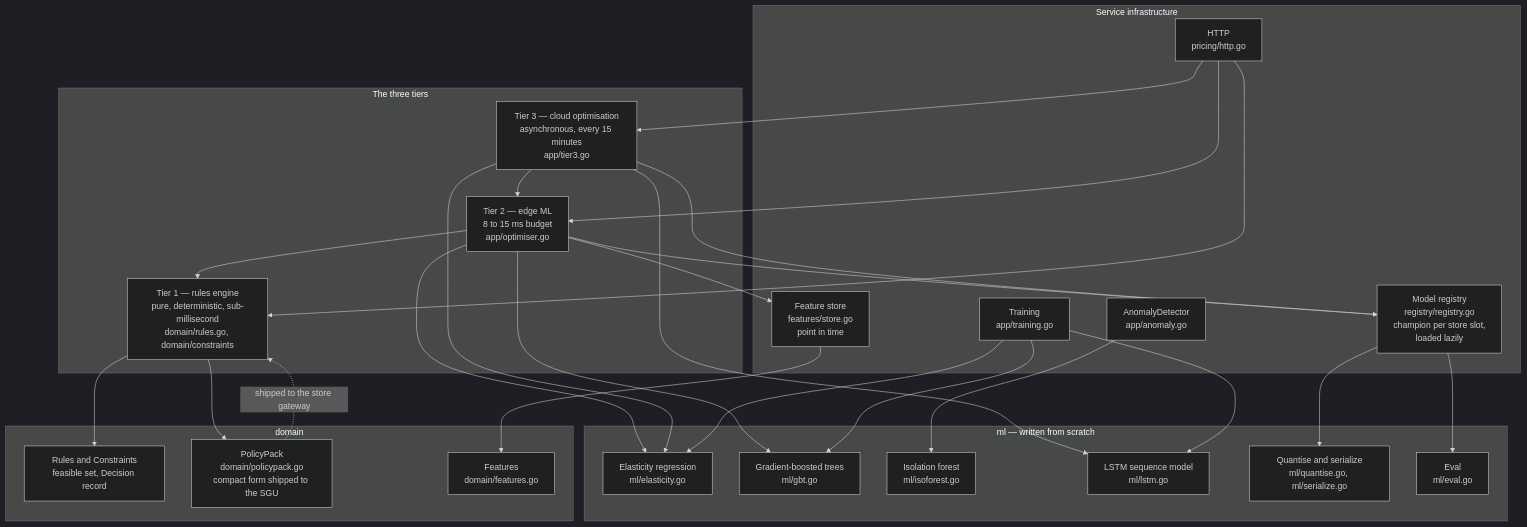
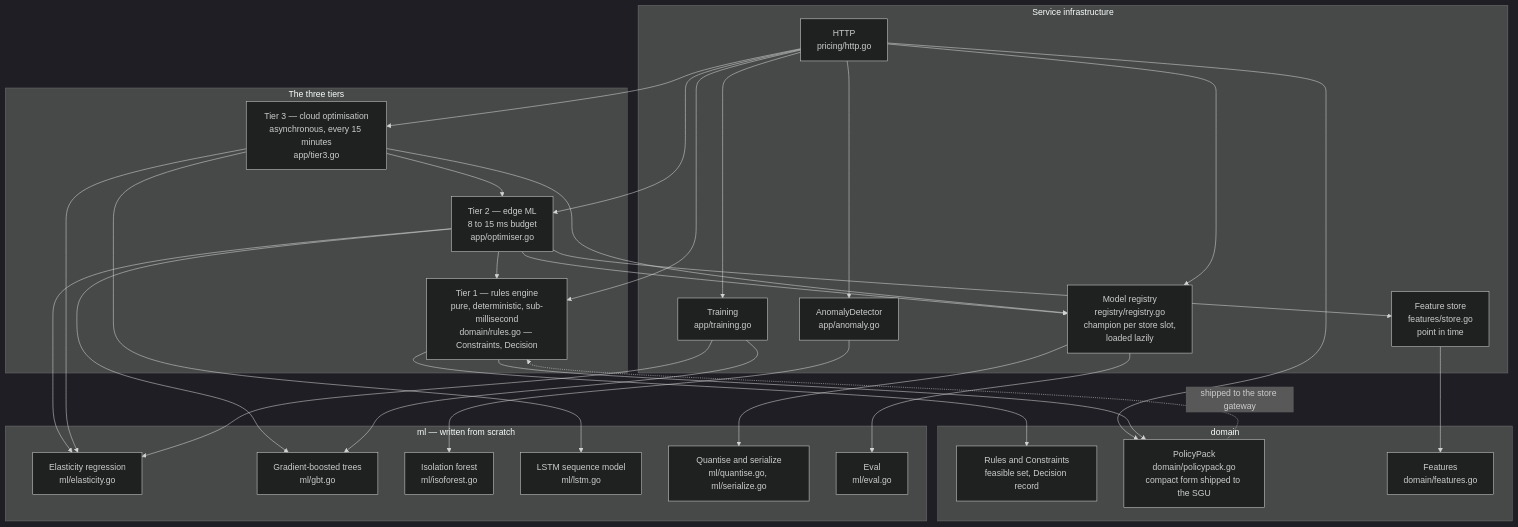
Before and after one commit to udaykishore-resu/usslp-platform: the fifth of 7 diagrams in docs/architecture/03-components.md, drawn with Mermaid (dark theme). The commit also changed other lines of this file and 16 other files, not shown here.

First line of the commit message:
docs: add a diagram index, and audit every diagram against the code

````diff
--- a/docs/architecture/03-components.md
+++ b/docs/architecture/03-components.md
@@ -495,53 +496,56 @@
 ```mermaid
 flowchart TB
     subgraph tiers["The three tiers"]
-        t1["Tier 1 — rules engine<br/>pure, deterministic, sub-millisecond<br/>domain/rules.go, domain/constraints"]
+        t1["Tier 1 — rules engine<br/>pure, deterministic, sub-millisecond<br/>domain/rules.go — Constraints, Decision"]
         t2["Tier 2 — edge ML<br/>8 to 15 ms budget<br/>app/optimiser.go"]
         t3["Tier 3 — cloud optimisation<br/>asynchronous, every 15 minutes<br/>app/tier3.go"]
     end
 
     subgraph dom_p["domain"]
         rules["Rules and Constraints<br/>feasible set, Decision record"]
         pack["PolicyPack<br/>domain/policypack.go<br/>compact form shipped to the SGU"]
         feat_d["Features<br/>domain/features.go"]
     end
 
     subgraph ml_p["ml — written from scratch"]
         elas["Elasticity regression<br/>ml/elasticity.go"]
         gbt["Gradient-boosted trees<br/>ml/gbt.go"]
         iso["Isolation forest<br/>ml/isoforest.go"]
         lstm["LSTM sequence model<br/>ml/lstm.go"]
         quant["Quantise and serialize<br/>ml/quantise.go, ml/serialize.go"]
         eval["Eval<br/>ml/eval.go"]
     end
 
     subgraph infra_p["Service infrastructure"]
         modreg["Model registry<br/>registry/registry.go<br/>champion per store slot,<br/>loaded lazily"]
         fstore["Feature store<br/>features/store.go<br/>point in time"]
         anom["AnomalyDetector<br/>app/anomaly.go"]
         train["Training<br/>app/training.go"]
         http_p["HTTP<br/>pricing/http.go"]
     end
 
     http_p --> t1
     http_p --> t2
     http_p --> t3
+    http_p --> modreg
+    http_p --> train
+    http_p --> anom
+    http_p --> pack
     t1 --> rules
     t1 --> pack
     t2 --> t1
     t2 --> gbt
     t2 --> elas
     t3 --> t2
     t3 --> lstm
     t3 --> elas
     t2 --> modreg
     t3 --> modreg
     modreg --> quant
     modreg --> eval
     t2 --> fstore --> feat_d
     anom --> iso
     train --> gbt
-    train --> lstm
     train --> elas
     pack -.->|"shipped to the store gateway"| t1
 ```
````
